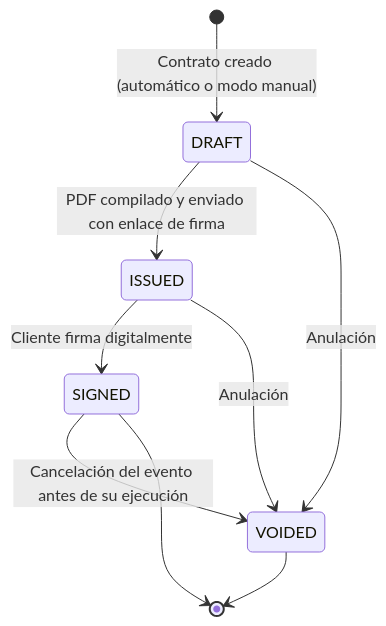
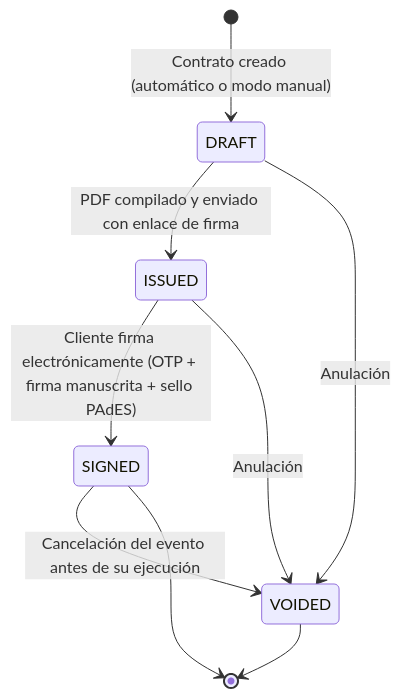
Before and after one commit to MathiasTL/EventPro-backend: the fifth of 5 diagrams in Docs/01-requisitos/04-reglas-de-negocio-y-control.md, drawn with Mermaid. The commit also changed other lines of this file and 14 other files, not shown here.

````diff
--- a/Docs/01-requisitos/04-reglas-de-negocio-y-control.md
+++ b/Docs/01-requisitos/04-reglas-de-negocio-y-control.md
@@ -154,11 +172,11 @@
 ```mermaid
 stateDiagram-v2
     [*] --> DRAFT: Contrato creado (automático o modo manual)
     DRAFT --> ISSUED: PDF compilado y enviado con enlace de firma
-    ISSUED --> SIGNED: Cliente firma digitalmente
+    ISSUED --> SIGNED: Cliente firma electrónicamente (OTP + firma manuscrita + sello PAdES)
     DRAFT --> VOIDED: Anulación
     ISSUED --> VOIDED: Anulación
     SIGNED --> VOIDED: Cancelación del evento antes de su ejecución
     SIGNED --> [*]
     VOIDED --> [*]
 ```
````
